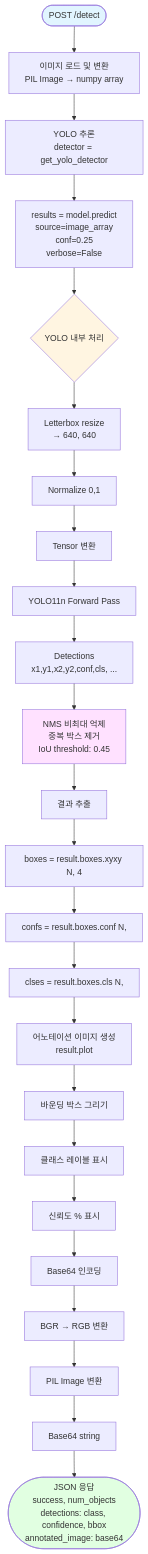
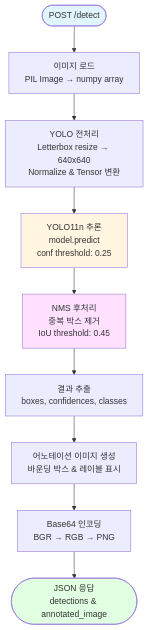
One commit to 15tkdgns/cnn changed the sixth of 11 diagrams in diagrams/PROJECT_FLOW_MERMAID.md. Above: the diagram before and after it, drawn with Mermaid. The commit also changed other lines of this file, not shown here.

First line of the commit message:
Refactor: Mermaid 다이어그램 검증 및 가독성 개선

````diff
--- a/diagrams/PROJECT_FLOW_MERMAID.md
+++ b/diagrams/PROJECT_FLOW_MERMAID.md
@@ -227,39 +205,23 @@
 ```mermaid
 flowchart TD
-    Start([POST /detect]) --> A[이미지 로드 및 변환<br/>PIL Image → numpy array]
+    Start([POST /detect]) --> A[이미지 로드<br/>PIL Image → numpy array]
 
-    A --> B[YOLO 추론<br/>detector = get_yolo_detector]
-    B --> B1[results = model.predict<br/>source=image_array<br/>conf=0.25<br/>verbose=False]
+    A --> B[YOLO 전처리<br/>Letterbox resize → 640x640<br/>Normalize & Tensor 변환]
 
-    B1 --> C{YOLO 내부 처리}
-    C --> C1[Letterbox resize<br/>→ 640, 640]
-    C1 --> C2[Normalize 0,1]
-    C2 --> C3[Tensor 변환]
+    B --> C[YOLO11n 추론<br/>model.predict<br/>conf threshold: 0.25]
 
-    C3 --> D[YOLO11n Forward Pass]
-    D --> D1[Detections<br/>x1,y1,x2,y2,conf,cls, ...]
+    C --> D[NMS 후처리<br/>중복 박스 제거<br/>IoU threshold: 0.45]
 
-    D1 --> E[NMS 비최대 억제<br/>중복 박스 제거<br/>IoU threshold: 0.45]
+    D --> E[결과 추출<br/>boxes, confidences, classes]
 
-    E --> F[결과 추출]
-    F --> F1[boxes = result.boxes.xyxy N, 4]
-    F1 --> F2[confs = result.boxes.conf N,]
-    F2 --> F3[clses = result.boxes.cls N,]
+    E --> F[어노테이션 이미지 생성<br/>바운딩 박스 & 레이블 표시]
 
-    F3 --> G[어노테이션 이미지 생성<br/>result.plot]
-    G --> G1[바운딩 박스 그리기]
-    G1 --> G2[클래스 레이블 표시]
-    G2 --> G3[신뢰도 % 표시]
+    F --> G[Base64 인코딩<br/>BGR → RGB → PNG]
 
-    G3 --> H[Base64 인코딩]
-    H --> H1[BGR → RGB 변환]
-    H1 --> H2[PIL Image 변환]
-    H2 --> H3[Base64 string]
-
-    H3 --> End([JSON 응답<br/>success, num_objects<br/>detections: class, confidence, bbox<br/>annotated_image: base64])
+    G --> End([JSON 응답<br/>detections & annotated_image])
 
     style Start fill:#e1f5ff
     style End fill:#e1ffe1
     style C fill:#fff5e1
-    style E fill:#ffe1ff
+    style D fill:#ffe1ff
 ```
````
